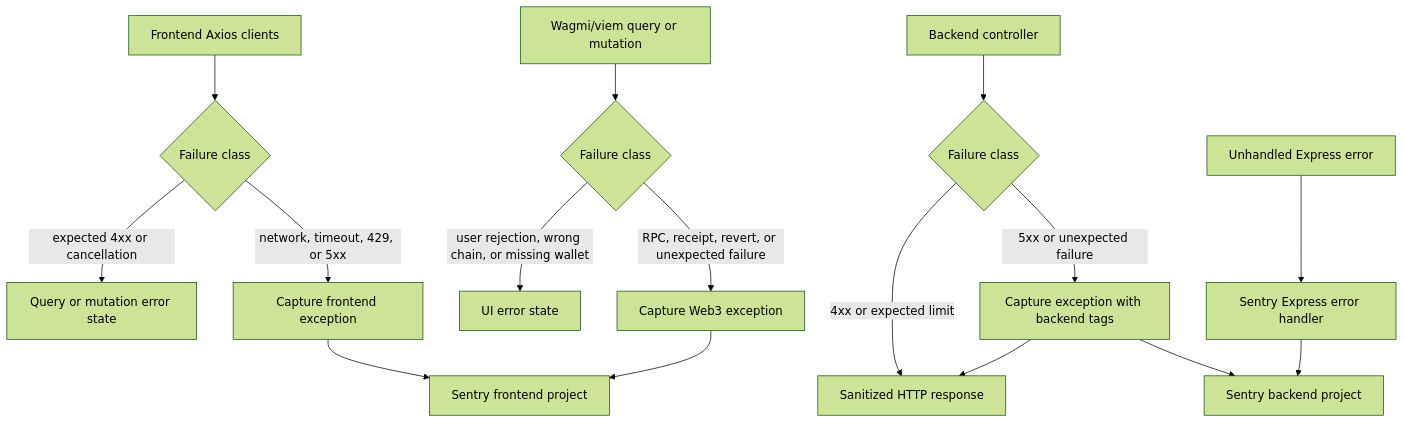
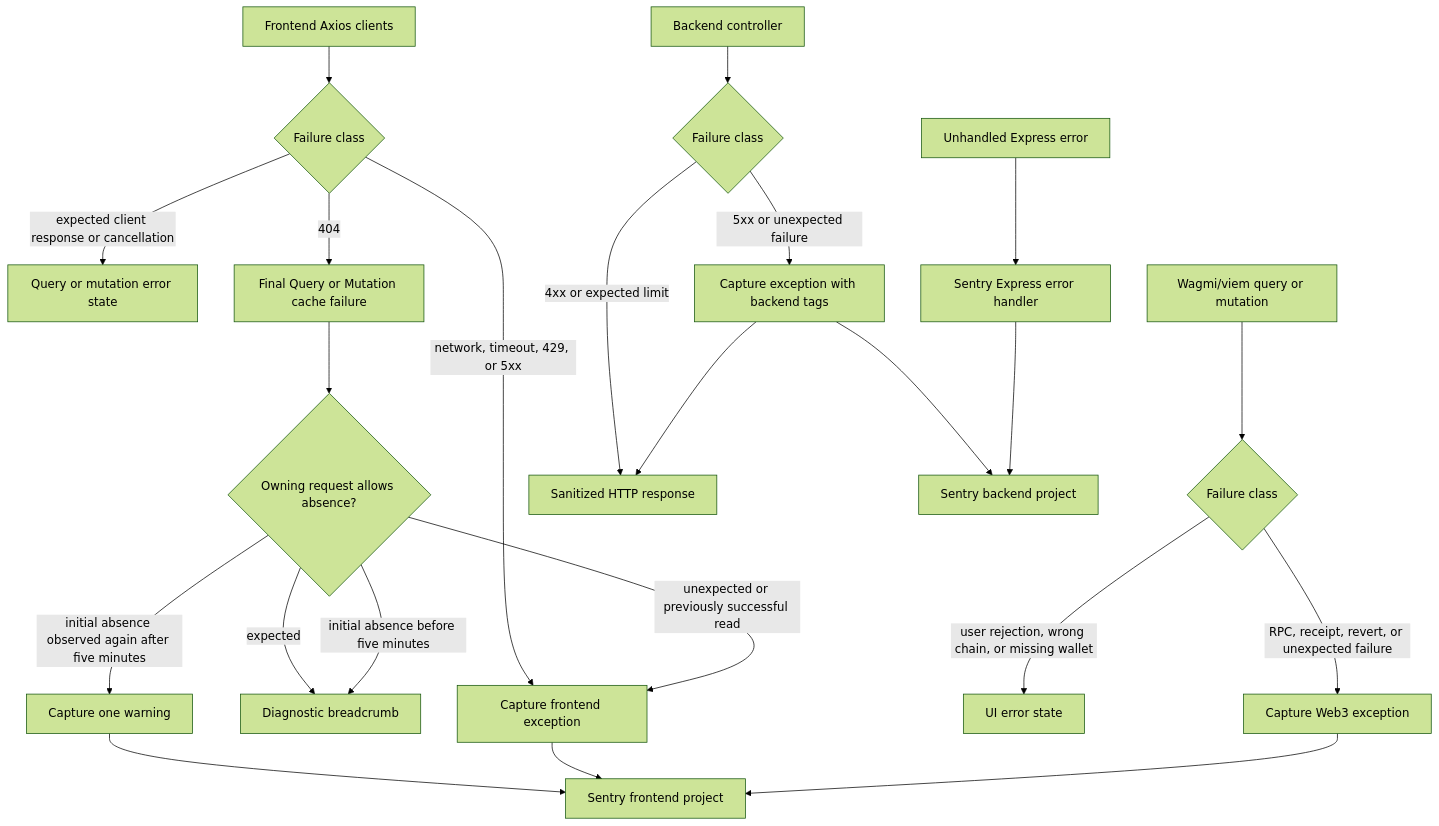
The diagram in docs/implementation/error-tracking/README.md (globe-and-citizen/cnc-portal), drawn with Mermaid (forest theme) before and after one commit. The commit also changed other lines of this file and 7 other files, not shown here.

````diff
--- a/docs/implementation/error-tracking/README.md
+++ b/docs/implementation/error-tracking/README.md
@@ -18,18 +18,25 @@
 ```mermaid
 flowchart TD
   frontend[Frontend Axios clients] --> frontendDecision{Failure class}
-  frontendDecision -->|expected 4xx or cancellation| frontendResponse[Query or mutation error state]
+  frontendDecision -->|expected client response or cancellation| frontendResponse[Query or mutation error state]
   frontendDecision -->|network, timeout, 429, or 5xx| frontendCapture[Capture frontend exception]
+  frontendDecision -->|404| cache[Final Query or Mutation cache failure]
+  cache --> absence{Owning request allows absence?}
+  absence -->|expected| breadcrumb[Diagnostic breadcrumb]
+  absence -->|initial absence before five minutes| breadcrumb
+  absence -->|initial absence observed again after five minutes| warning[Capture one warning]
+  absence -->|unexpected or previously successful read| frontendCapture
+  warning --> dashboard
   frontendCapture --> dashboard[Sentry frontend project]
   web3[Wagmi/viem query or mutation] --> web3Decision{Failure class}
   web3Decision -->|user rejection, wrong chain, or missing wallet| web3Response[UI error state]
   web3Decision -->|RPC, receipt, revert, or unexpected failure| web3Capture[Capture Web3 exception]
   web3Capture --> dashboard
   controller[Backend controller] --> decision{Failure class}
   decision -->|4xx or expected limit| response[Sanitized HTTP response]
   decision -->|5xx or unexpected failure| capture[Capture exception with backend tags]
   capture --> response
   capture --> backendDashboard[Sentry backend project]
   uncaught[Unhandled Express error] --> handler[Sentry Express error handler]
   handler --> backendDashboard
 ```
````
